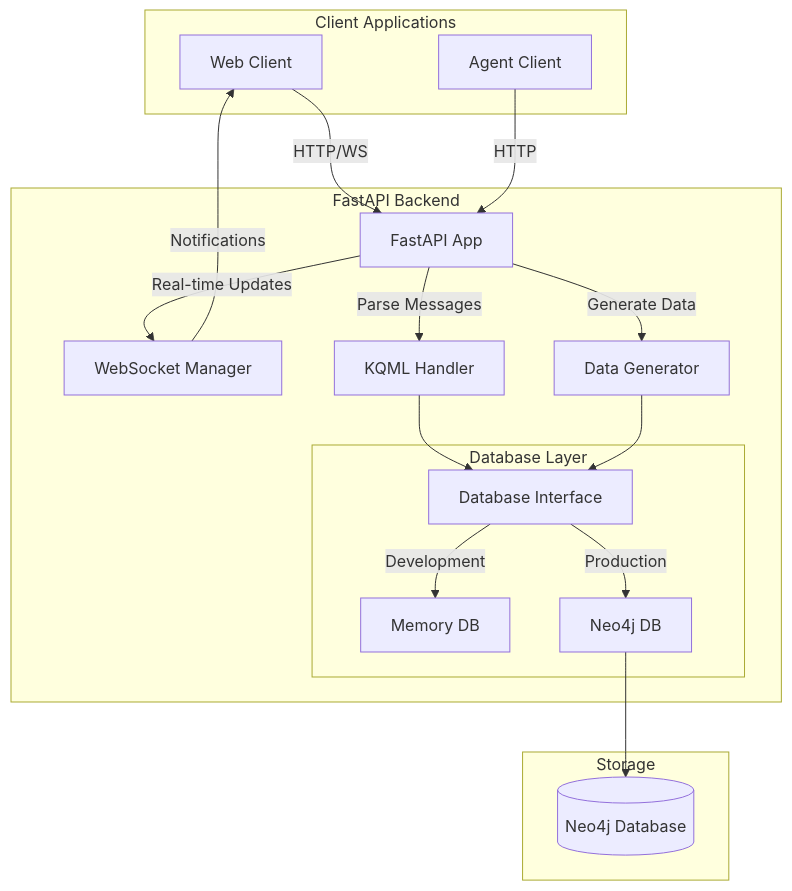
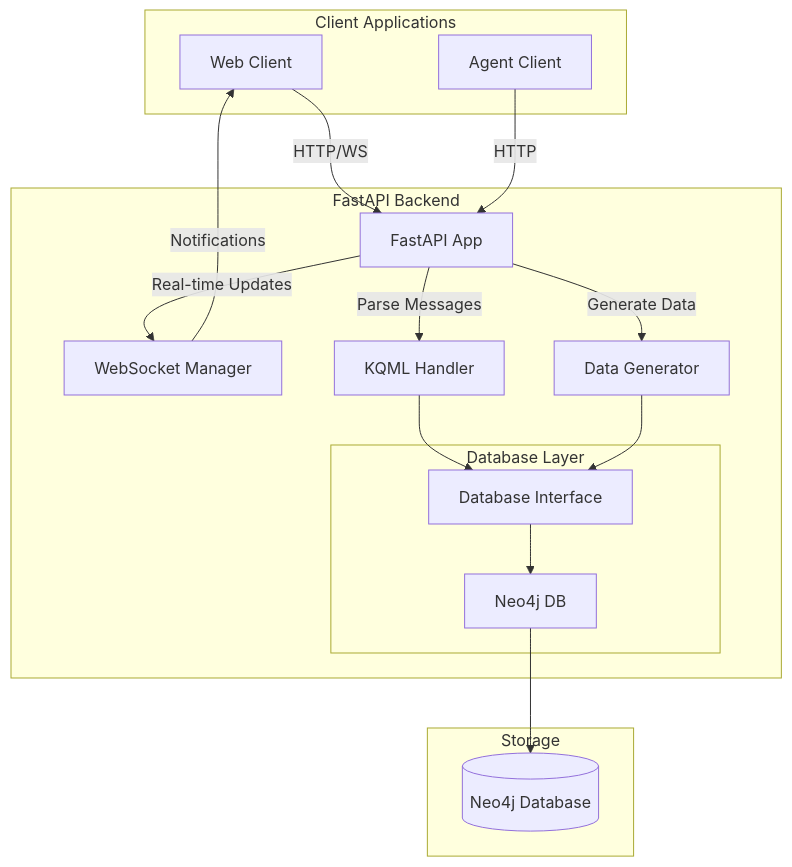
Before and after one commit to JtPerez-Acle/NeuroSpark: the second of 5 diagrams in README.md, drawn with Mermaid. The commit also changed other lines of this file and 58 other files, not shown here.

````diff
--- a/README.md
+++ b/README.md
@@ -93,37 +192,35 @@
 ```mermaid
 graph TB
     subgraph Client Applications
         C1[Web Client]
         C2[Agent Client]
     end
 
     subgraph FastAPI Backend
         API[FastAPI App]
         WS[WebSocket Manager]
         KH[KQML Handler]
         DG[Data Generator]
         
         subgraph Database Layer
             DBI[Database Interface]
-            MDB[Memory DB]
             NDB[Neo4j DB]
         end
     end
 
     subgraph Storage
         Neo4j[(Neo4j Database)]
     end
 
     C1 --> |HTTP/WS| API
     C2 --> |HTTP| API
     API --> |Real-time Updates| WS
     WS --> |Notifications| C1
     API --> |Parse Messages| KH
     API --> |Generate Data| DG
     
     KH --> DBI
     DG --> DBI
-    DBI --> |Development| MDB
-    DBI --> |Production| NDB
+    DBI --> NDB
     NDB --> Neo4j
 ```
````
